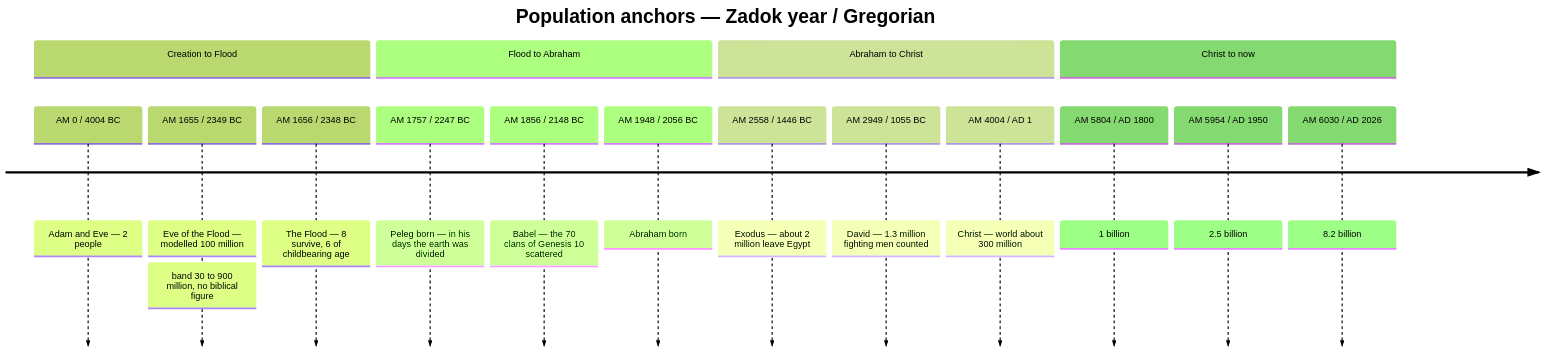
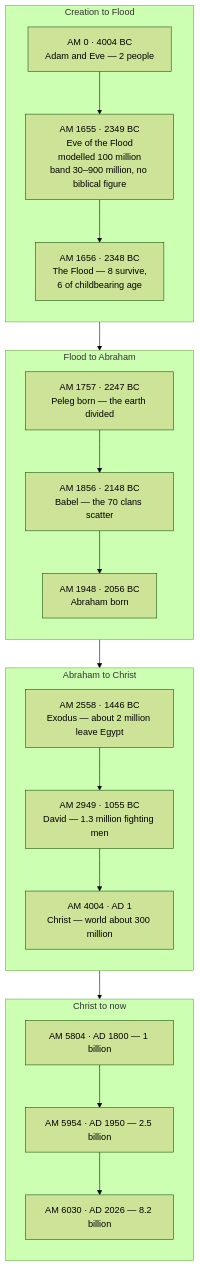
One commit to ding0t/bible_studies changed the first of 3 diagrams in docs/content/god/world-population-declares-gods-creation-and-biblical-truth.md. Above: the diagram before and after it, drawn with Mermaid (forest theme). The commit also changed other lines of this file and 4 other files, not shown here.

````diff
--- a/docs/content/god/world-population-declares-gods-creation-and-biblical-truth.md
+++ b/docs/content/god/world-population-declares-gods-creation-and-biblical-truth.md
@@ -363,20 +365,26 @@
 ```mermaid
-timeline
-        title Population anchors — Zadok year / Gregorian
-        section Creation to Flood
-          AM 0 / 4004 BC : Adam and Eve — 2 people
-          AM 1655 / 2349 BC : Eve of the Flood — modelled 100 million : band 30 to 900 million, no biblical figure
-          AM 1656 / 2348 BC : The Flood — 8 survive, 6 of childbearing age
-        section Flood to Abraham
-          AM 1757 / 2247 BC : Peleg born — in his days the earth was divided
-          AM 1856 / 2148 BC : Babel — the 70 clans of Genesis 10 scattered
-          AM 1948 / 2056 BC : Abraham born
-        section Abraham to Christ
-          AM 2558 / 1446 BC : Exodus — about 2 million leave Egypt
-          AM 2949 / 1055 BC : David — 1.3 million fighting men counted
-          AM 4004 / AD 1 : Christ — world about 300 million
-        section Christ to now
-          AM 5804 / AD 1800 : 1 billion
-          AM 5954 / AD 1950 : 2.5 billion
-          AM 6030 / AD 2026 : 8.2 billion
+flowchart TD
+    subgraph a["Creation to Flood"]
+      direction TB
+      A["AM 0 · 4004 BC<br/>Adam and Eve — 2 people"] --> B["AM 1655 · 2349 BC<br/>Eve of the Flood<br/>modelled 100 million<br/>band 30–900 million, no biblical figure"]
+      B --> C["AM 1656 · 2348 BC<br/>The Flood — 8 survive,<br/>6 of childbearing age"]
+    end
+    subgraph b["Flood to Abraham"]
+      direction TB
+      D["AM 1757 · 2247 BC<br/>Peleg born — the earth divided"] --> E["AM 1856 · 2148 BC<br/>Babel — the 70 clans scatter"]
+      E --> F["AM 1948 · 2056 BC<br/>Abraham born"]
+    end
+    subgraph c["Abraham to Christ"]
+      direction TB
+      G["AM 2558 · 1446 BC<br/>Exodus — about 2 million leave Egypt"] --> H["AM 2949 · 1055 BC<br/>David — 1.3 million fighting men"]
+      H --> I["AM 4004 · AD 1<br/>Christ — world about 300 million"]
+    end
+    subgraph d["Christ to now"]
+      direction TB
+      J["AM 5804 · AD 1800 — 1 billion"] --> K["AM 5954 · AD 1950 — 2.5 billion"]
+      K --> L["AM 6030 · AD 2026 — 8.2 billion"]
+    end
+    a --> b
+    b --> c
+    c --> d
 ```
````
